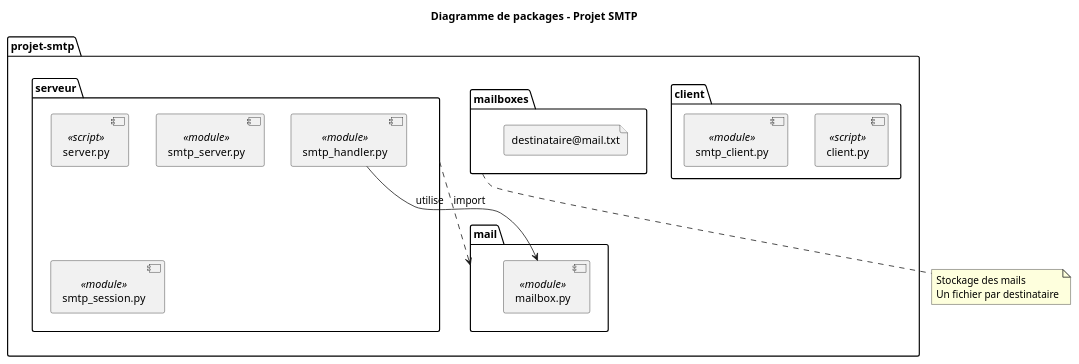
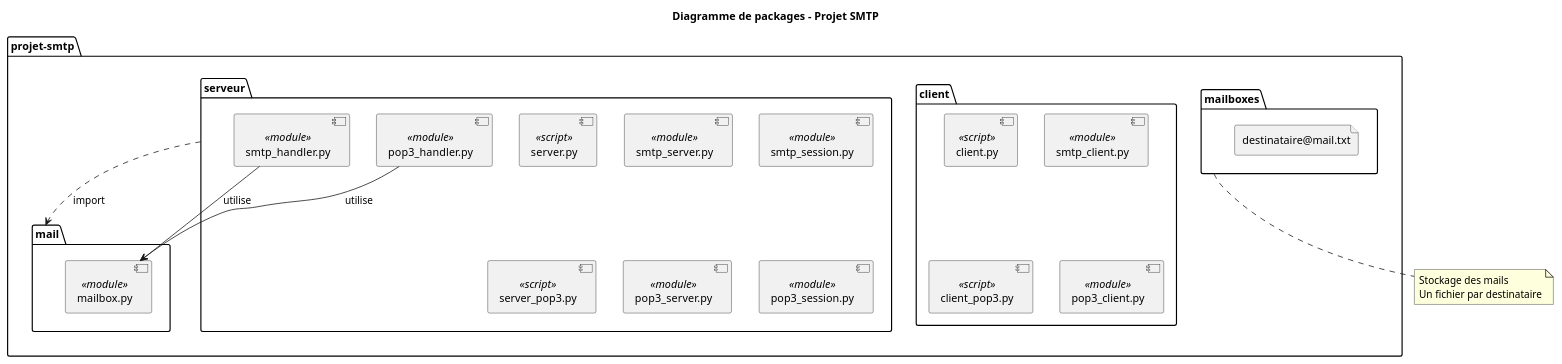
One commit to PouletTendre/projet-smtp changed the diagram in PlantUML/packages.puml. Above: the diagram before and after it, drawn with PlantUML. The commit also changed 13 other files, not shown here.

Commit message:
nouveau UML

```diff
--- a/PlantUML/packages.puml
+++ b/PlantUML/packages.puml
@@ -1,36 +1,44 @@
 @startuml packages
 
 title Diagramme de packages - Projet SMTP
 
 package "projet-smtp" {
     
     package "client" {
         [client.py] <<script>>
         [smtp_client.py] <<module>>
+        [client_pop3.py] <<script>>
+        [pop3_client.py] <<module>>
     }
     
     package "serveur" {
         [server.py] <<script>>
         [smtp_server.py] <<module>>
         [smtp_session.py] <<module>>
         [smtp_handler.py] <<module>>
+        [server_pop3.py] <<script>>
+        [pop3_server.py] <<module>>
+        [pop3_session.py] <<module>>
+        [pop3_handler.py] <<module>>
     }
     
     package "mail" {
         [mailbox.py] <<module>>
     }
     
     folder "mailboxes" {
         file "destinataire@mail.txt"
     }
 }
 
+
 serveur ..> mail : import
 smtp_handler.py --> mailbox.py : utilise
+pop3_handler.py --> mailbox.py : utilise
 
 note bottom of mailboxes
     Stockage des mails
     Un fichier par destinataire
 end note
 
 @enduml
```
